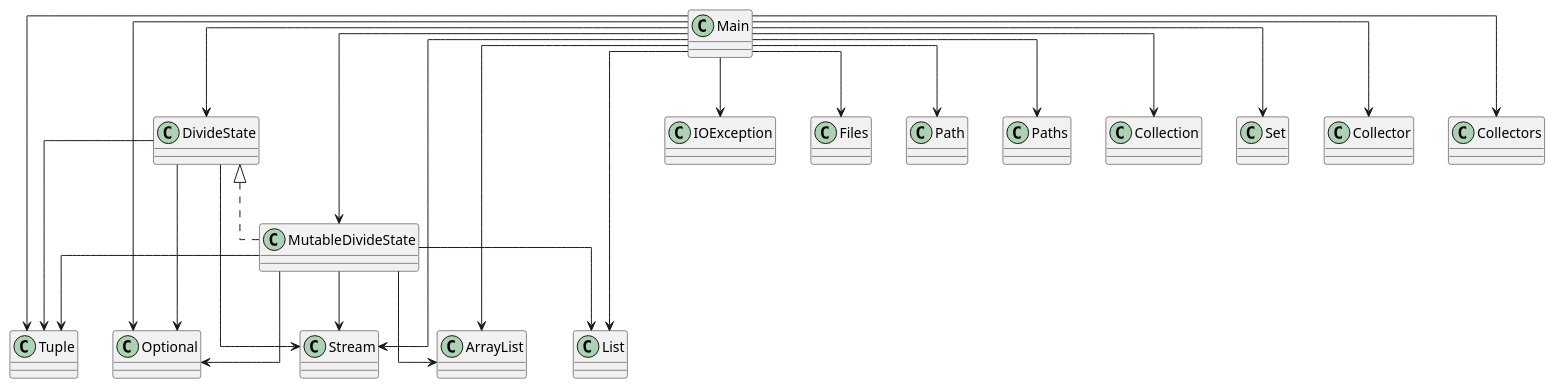
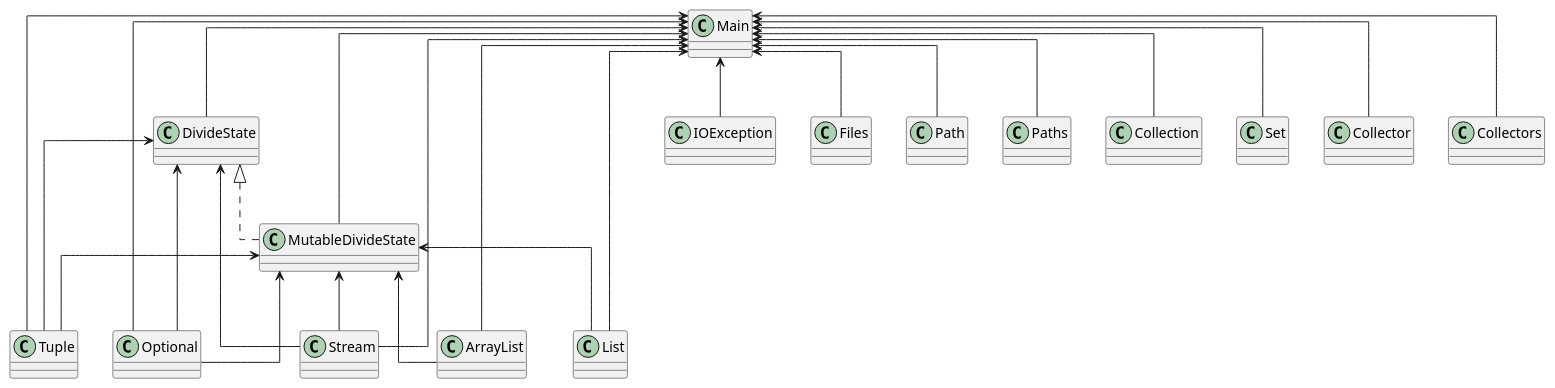
One commit to SirMathhman/Magma changed the diagram in diagram.puml. Above: the diagram before and after it, drawn with PlantUML. The commit also changed 1 other file, not shown here.

```diff
--- a/diagram.puml
+++ b/diagram.puml
@@ -1,31 +1,31 @@
 @startuml
 skinparam linetype ortho
 class Main
-Main --> Tuple
-Main --> DivideState
-Main --> MutableDivideState
-Main --> IOException
-Main --> Files
-Main --> Path
-Main --> Paths
-Main --> ArrayList
-Main --> Collection
-Main --> List
-Main --> Optional
-Main --> Set
-Main --> Collector
-Main --> Collectors
-Main --> Stream
+Main <-- Tuple
+Main <-- DivideState
+Main <-- MutableDivideState
+Main <-- IOException
+Main <-- Files
+Main <-- Path
+Main <-- Paths
+Main <-- ArrayList
+Main <-- Collection
+Main <-- List
+Main <-- Optional
+Main <-- Set
+Main <-- Collector
+Main <-- Collectors
+Main <-- Stream
 class MutableDivideState
-MutableDivideState --> Tuple
-MutableDivideState --> ArrayList
-MutableDivideState --> List
-MutableDivideState --> Optional
-MutableDivideState --> Stream
+MutableDivideState <-- Tuple
+MutableDivideState <-- ArrayList
+MutableDivideState <-- List
+MutableDivideState <-- Optional
+MutableDivideState <-- Stream
 class MutableDivideState implements DivideState 
 class Tuple
 class DivideState
-DivideState --> Tuple
-DivideState --> Optional
-DivideState --> Stream
+DivideState <-- Tuple
+DivideState <-- Optional
+DivideState <-- Stream
 @enduml
```
